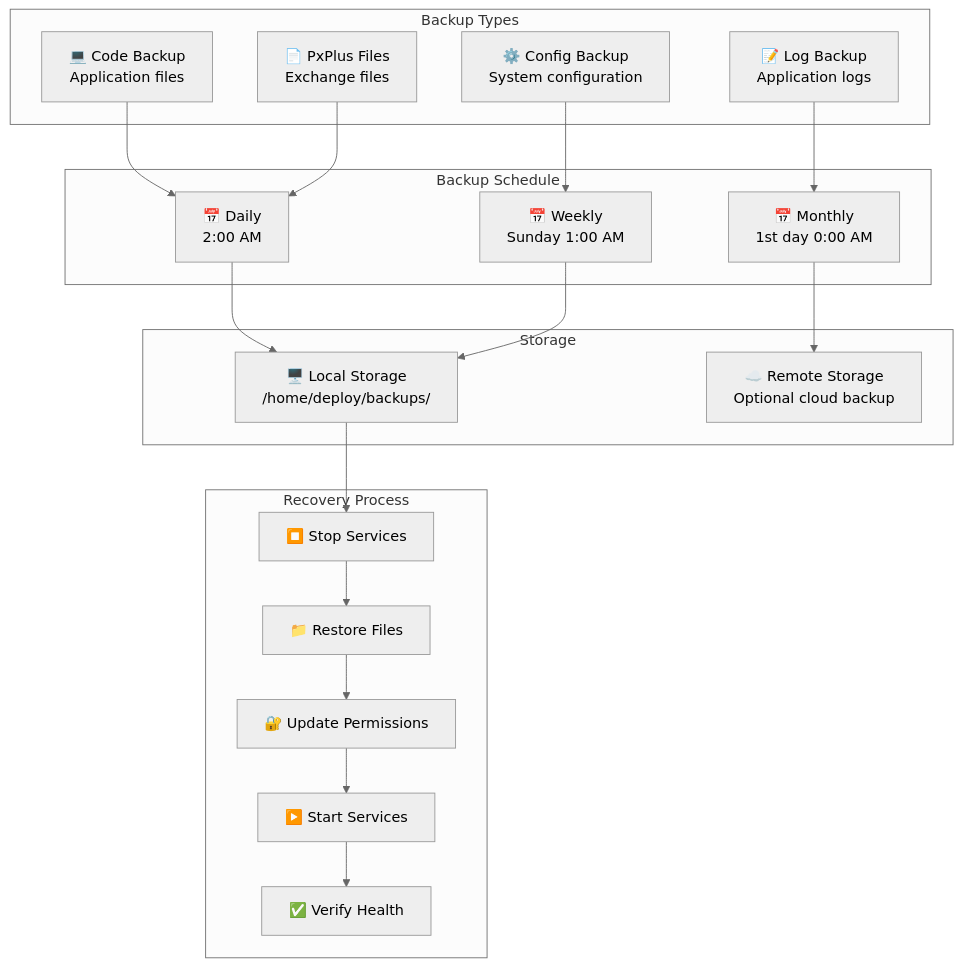
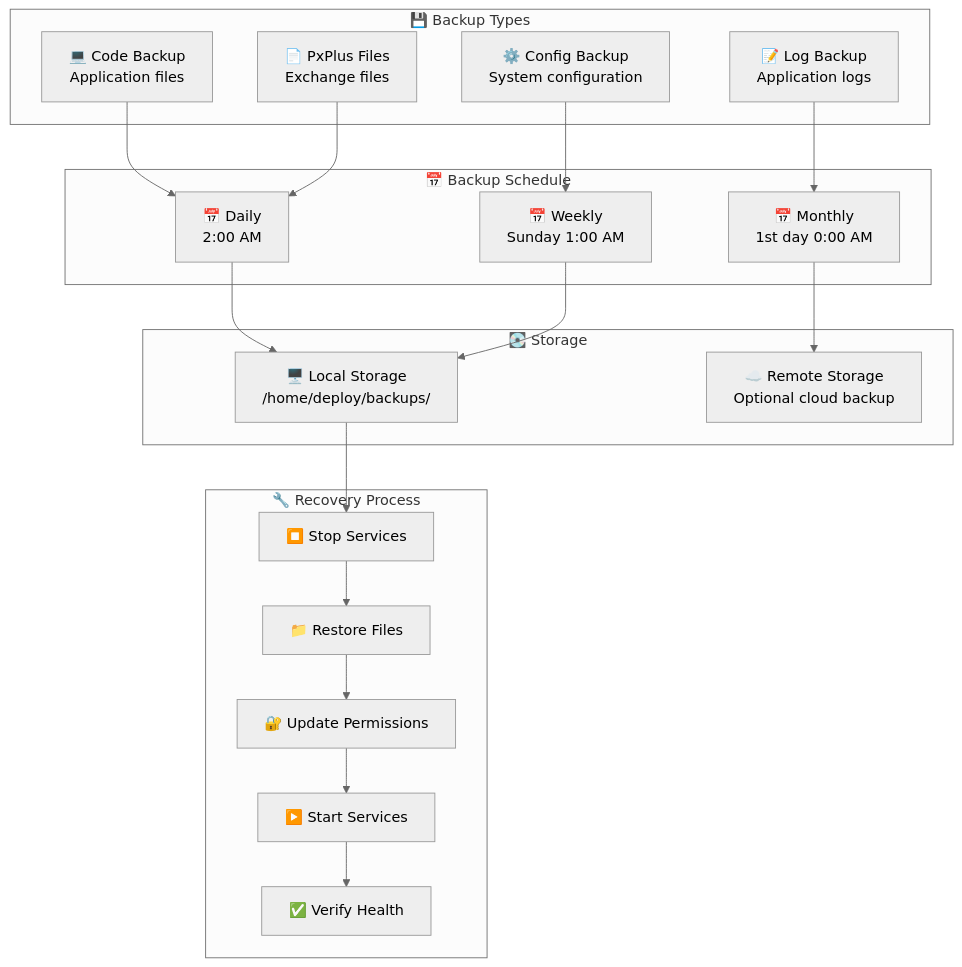
One commit to miguelfiguera/Propuesta-web-mariano changed the sixth of 6 diagrams in diagramas/deployment-flow.md. Above: the diagram before and after it, drawn with Mermaid (neutral theme). The commit also changed other lines of this file and 3 other files, not shown here.

First line of the commit message:
Consolidate documentation and finalize Mermaid diagrams

````diff
--- a/diagramas/deployment-flow.md
+++ b/diagramas/deployment-flow.md
@@ -159,43 +159,43 @@
 ```mermaid
 flowchart TD
-    subgraph "Backup Types"
+    subgraph BackupTypes["💾 Backup Types"]
         CodeBackup[💻 Code Backup<br/>Application files]
         ConfigBackup[⚙️ Config Backup<br/>System configuration]
         FileBackup[📄 PxPlus Files<br/>Exchange files]
         LogBackup[📝 Log Backup<br/>Application logs]
     end
     
-    subgraph "Backup Schedule"
+    subgraph Schedule["📅 Backup Schedule"]
         Daily[📅 Daily<br/>2:00 AM]
         Weekly[📅 Weekly<br/>Sunday 1:00 AM]
         Monthly[📅 Monthly<br/>1st day 0:00 AM]
     end
     
-    subgraph "Storage"
+    subgraph Storage["💽 Storage"]
         LocalStorage[🖥️ Local Storage<br/>/home/deploy/backups/]
         RemoteStorage[☁️ Remote Storage<br/>Optional cloud backup]
     end
     
-    subgraph "Recovery Process"
+    subgraph Recovery["🔧 Recovery Process"]
         StopServices[⏹️ Stop Services]
         RestoreFiles[📁 Restore Files]
         UpdatePermissions[🔐 Update Permissions]
         StartServices[▶️ Start Services]
         VerifyHealth[✅ Verify Health]
     end
     
     CodeBackup --> Daily
     ConfigBackup --> Weekly
     FileBackup --> Daily
     LogBackup --> Monthly
     
     Daily --> LocalStorage
     Weekly --> LocalStorage
     Monthly --> RemoteStorage
     
     LocalStorage --> StopServices
     StopServices --> RestoreFiles
     RestoreFiles --> UpdatePermissions
     UpdatePermissions --> StartServices
     StartServices --> VerifyHealth
 ```
````
